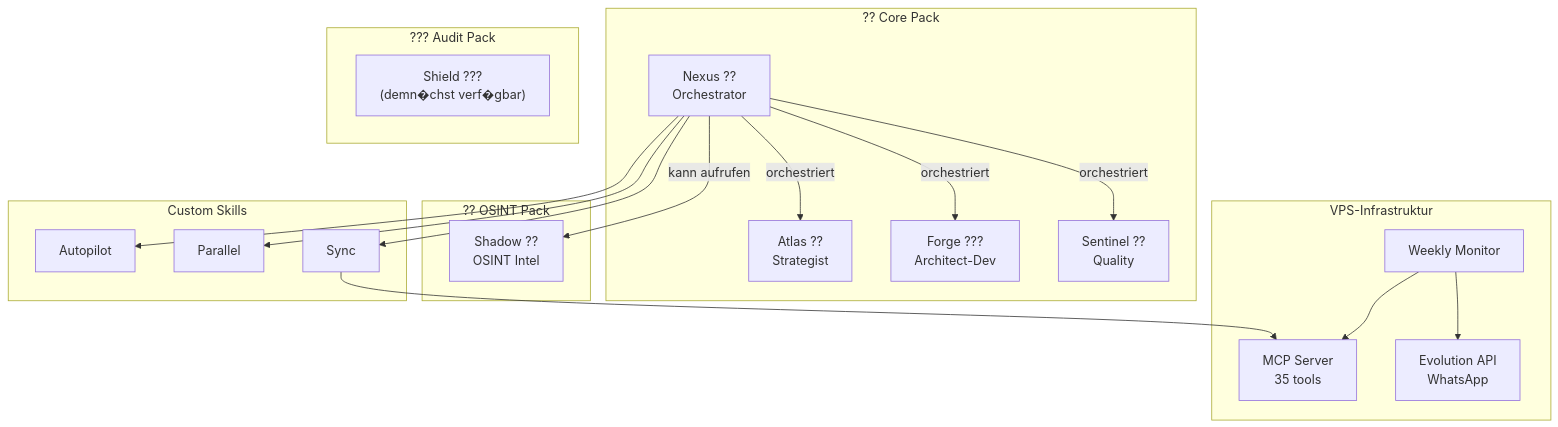
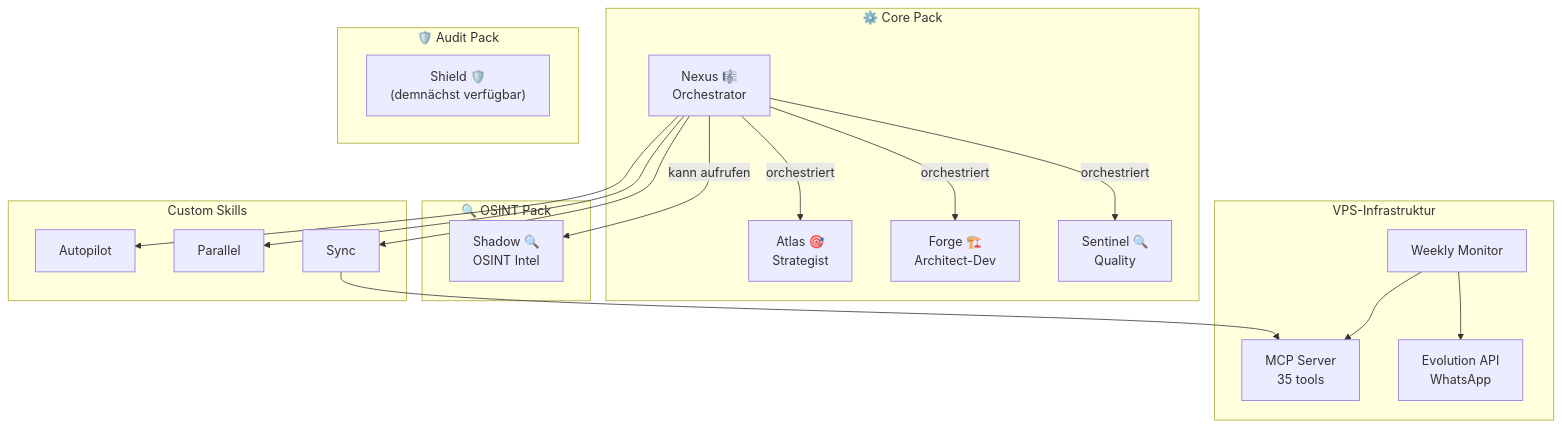
Before and after one commit to lrochetta/BMAD-PLUS: the diagram in readme-international/README.de.md, drawn with Mermaid. The commit also changed other lines of this file and 4 other files, not shown here.

````diff
--- a/readme-international/README.de.md
+++ b/readme-international/README.de.md
@@ -158,42 +124,42 @@
 ```mermaid
 graph TB
-    subgraph Core["?? Core Pack"]
-        AT[Atlas ??<br/>Strategist]
-        FG[Forge ???<br/>Architect-Dev]
-        SN[Sentinel ??<br/>Quality]
-        NX[Nexus ??<br/>Orchestrator]
+    subgraph Core["⚙️ Core Pack"]
+        AT[Atlas 🎯<br/>Strategist]
+        FG[Forge 🏗️<br/>Architect-Dev]
+        SN[Sentinel 🔍<br/>Quality]
+        NX[Nexus 🎼<br/>Orchestrator]
     end
 
-    subgraph OSINT["?? OSINT Pack"]
-        SH[Shadow ??<br/>OSINT Intel]
+    subgraph OSINT["🔍 OSINT Pack"]
+        SH[Shadow 🔍<br/>OSINT Intel]
     end
 
-    subgraph Audit["??? Audit Pack"]
-        SD["Shield ???<br/>(demn�chst verf�gbar)"]
+    subgraph Audit["🛡️ Audit Pack"]
+        SD["Shield 🛡️<br/>(demnächst verfügbar)"]
     end
 
     NX -->|orchestriert| AT
     NX -->|orchestriert| FG
     NX -->|orchestriert| SN
     NX -->|kann aufrufen| SH
 
     subgraph Skills["Custom Skills"]
         AP[Autopilot]
         PL[Parallel]
         SY[Sync]
     end
 
     NX --> AP
     NX --> PL
     NX --> SY
 
     subgraph VPS["VPS-Infrastruktur"]
         MCP[MCP Server<br/>35 tools]
         EVO[Evolution API<br/>WhatsApp]
         MON[Weekly Monitor]
     end
 
     SY --> MCP
     MON --> EVO
     MON --> MCP
 ```
````
